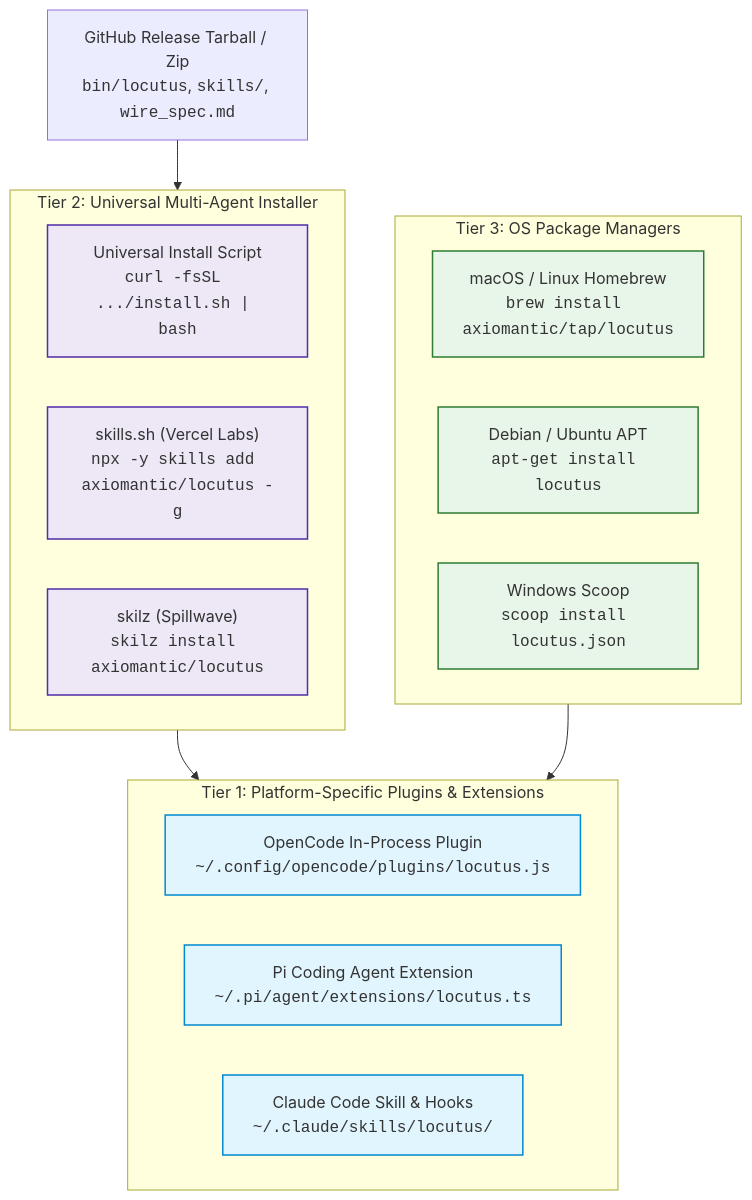
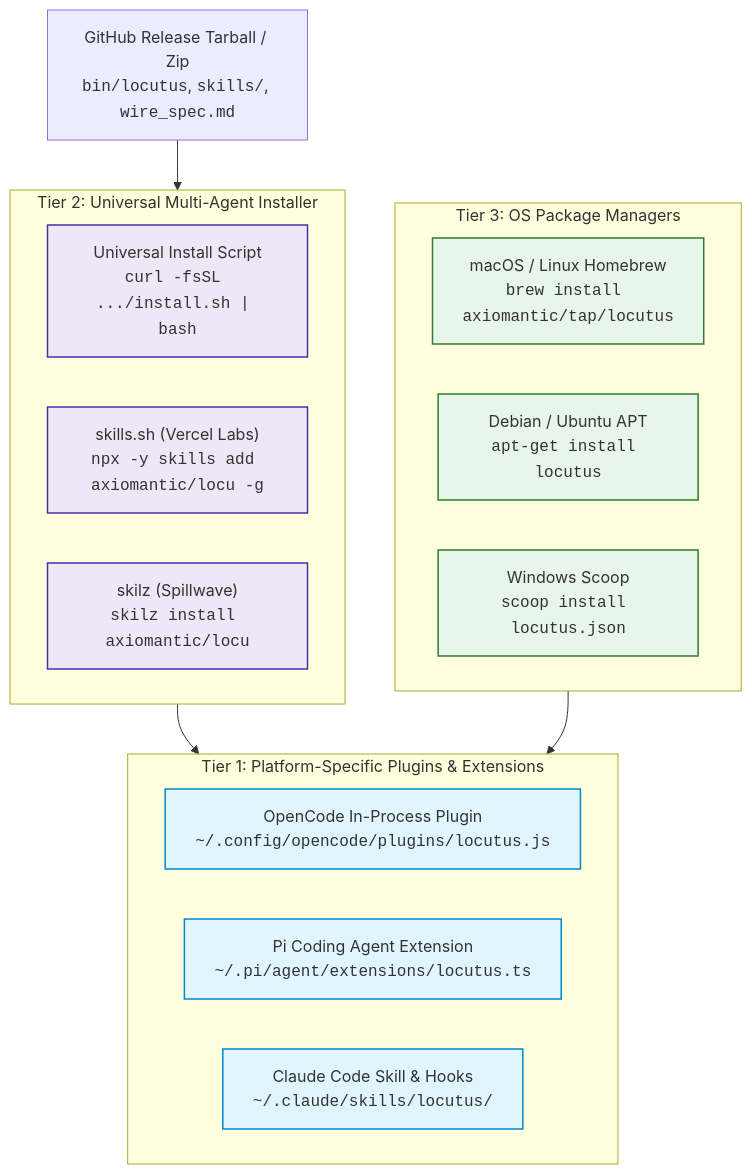
Before and after one commit to axiomantic/locu: the diagram in CONTRIBUTING.md, drawn with Mermaid. The commit also changed other lines of this file and 18 other files, not shown here.

````diff
--- a/CONTRIBUTING.md
+++ b/CONTRIBUTING.md
@@ -295,33 +295,33 @@
 ```mermaid
 flowchart TD
     subgraph Tier1["Tier 1: Platform-Specific Plugins & Extensions"]
         T1_OpenCode["OpenCode In-Process Plugin<br/><code>~/.config/opencode/plugins/locutus.js</code>"]
         T1_Pi["Pi Coding Agent Extension<br/><code>~/.pi/agent/extensions/locutus.ts</code>"]
         T1_Claude["Claude Code Skill & Hooks<br/><code>~/.claude/skills/locutus/</code>"]
     end
 
     subgraph Tier2["Tier 2: Universal Multi-Agent Installer"]
         T2_Script["Universal Install Script<br/><code>curl -fsSL .../install.sh | bash</code>"]
-        T2_Skills["skills.sh (Vercel Labs)<br/><code>npx -y skills add axiomantic/locutus -g</code>"]
-        T2_Skilz["skilz (Spillwave)<br/><code>skilz install axiomantic/locutus</code>"]
+        T2_Skills["skills.sh (Vercel Labs)<br/><code>npx -y skills add axiomantic/locu -g</code>"]
+        T2_Skilz["skilz (Spillwave)<br/><code>skilz install axiomantic/locu</code>"]
     end
 
     subgraph Tier3["Tier 3: OS Package Managers"]
         T3_Brew["macOS / Linux Homebrew<br/><code>brew install axiomantic/tap/locutus</code>"]
         T3_APT["Debian / Ubuntu APT<br/><code>apt-get install locutus</code>"]
         T3_Scoop["Windows Scoop<br/><code>scoop install locutus.json</code>"]
     end
 
     ReleaseZip["GitHub Release Tarball / Zip<br/><code>bin/locutus</code>, <code>skills/</code>, <code>wire_spec.md</code>"]
 
     ReleaseZip --> Tier2
     Tier2 --> Tier1
     Tier3 --> Tier1
 
     classDef t1 fill:#e1f5fe,stroke:#0288d1,stroke-width:1.5px;
     classDef t2 fill:#ede7f6,stroke:#512da8,stroke-width:1.5px;
     classDef t3 fill:#e8f5e9,stroke:#2e7d32,stroke-width:1.5px;
     class T1_OpenCode,T1_Pi,T1_Claude t1;
     class T2_Script,T2_Skills,T2_Skilz t2;
     class T3_Brew,T3_APT,T3_Scoop t3;
 ```
````
